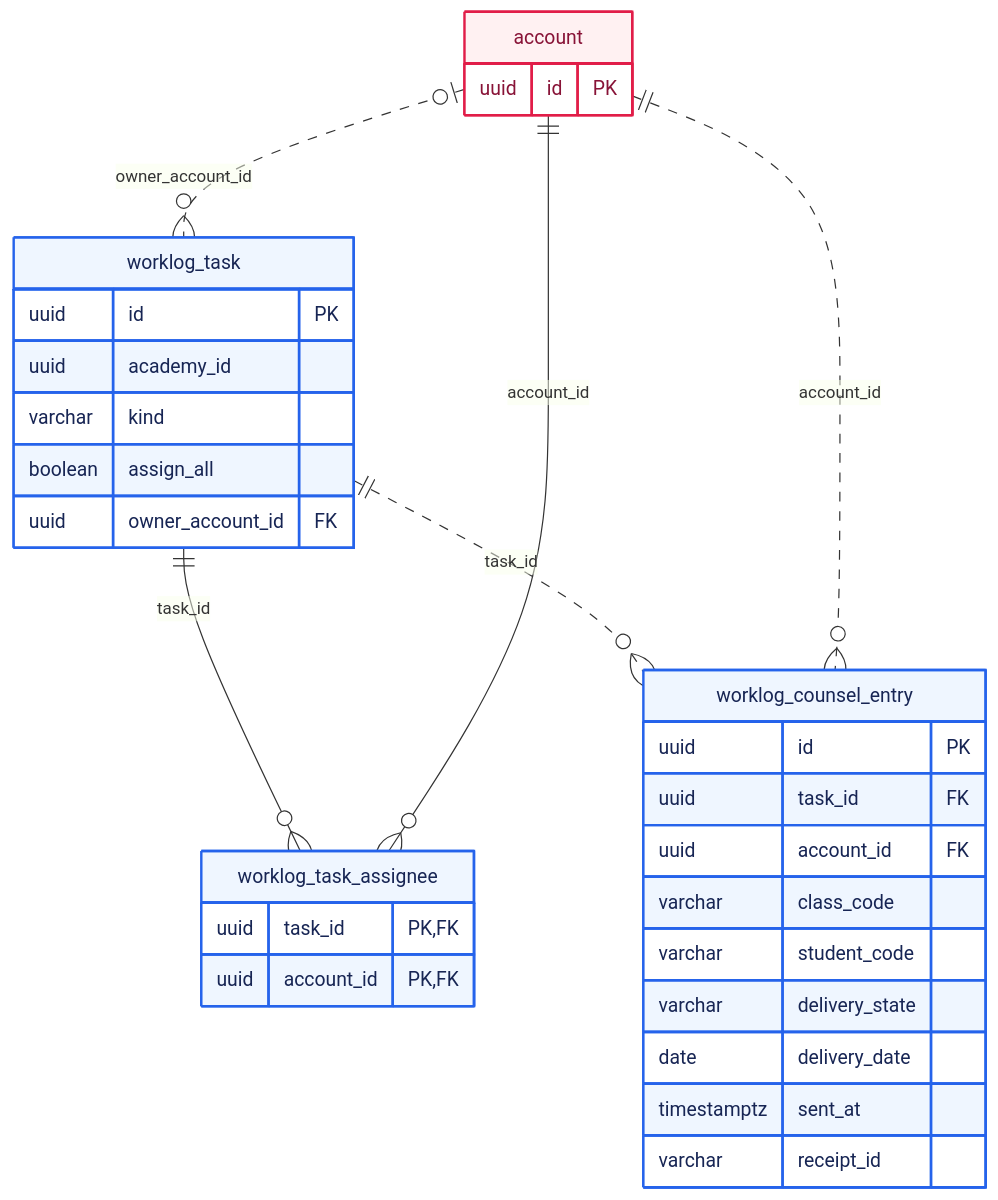
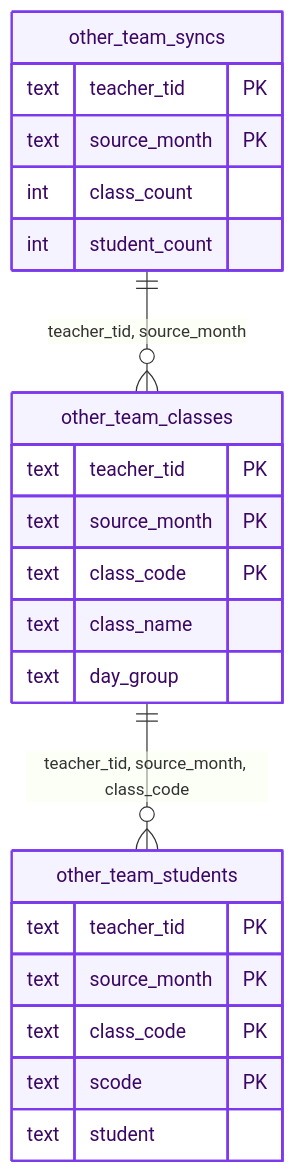
The third of 3 diagrams in content/posts/doc-16e3e0ad-86d4-403d-88c6-2ef61a3fe47d.md (gjaku1031/ken-blog), drawn with Mermaid before and after one commit. The commit also changed other lines of this file and 8 other files, not shown here.

````diff
--- a/content/posts/doc-16e3e0ad-86d4-403d-88c6-2ef61a3fe47d.md
+++ b/content/posts/doc-16e3e0ad-86d4-403d-88c6-2ef61a3fe47d.md
@@ -254,39 +199,28 @@
-```mermaid caption="상담 한 건은 업무·담당자·반·학생의 조합마다 하나이고, 전송 상태를 행이 직접 가짐"
+```mermaid caption="다른 팀 반 스냅샷의 식별 관계. 부모의 키가 자식의 기본 키에 그대로 들어감"
 erDiagram
-    %% legend: solid=식별 관계; dotted=비식별 관계; zero=없을 수 있음; many=여러 개
-    direction TB
-    account {
-        uuid id PK
+    %% legend: solid=식별 관계; many=여러 개
+    other_team_syncs {
+        text teacher_tid PK
+        text source_month PK
+        int class_count
+        int student_count
     }
-    worklog_task {
-        uuid id PK
-        uuid academy_id
-        varchar kind
-        boolean assign_all
-        uuid owner_account_id FK
+    other_team_classes {
+        text teacher_tid PK
+        text source_month PK
+        text class_code PK
+        text class_name
+        text day_group
     }
-    worklog_task_assignee {
-        uuid task_id PK, FK
-        uuid account_id PK, FK
+    other_team_students {
+        text teacher_tid PK
+        text source_month PK
+        text class_code PK
+        text scode PK
+        text student
     }
-    worklog_counsel_entry {
-        uuid id PK
-        uuid task_id FK
-        uuid account_id FK
-        varchar class_code
-        varchar student_code
-        varchar delivery_state
-        date delivery_date
-        timestamptz sent_at
-        varchar receipt_id
-    }
-    worklog_task ||--o{ worklog_task_assignee : task_id
-    account ||--o{ worklog_task_assignee : account_id
-    worklog_task ||..o{ worklog_counsel_entry : task_id
-    account ||..o{ worklog_counsel_entry : account_id
-    account |o..o{ worklog_task : owner_account_id
-    classDef worklog fill:#eff6ff,stroke:#2563eb,color:#172554,stroke-width:2px
-    classDef identity fill:#fff1f2,stroke:#e11d48,color:#881337,stroke-width:2px
-    class worklog_task,worklog_task_assignee,worklog_counsel_entry worklog
-    class account identity
+    other_team_syncs ||--o{ other_team_classes : "teacher_tid, source_month"
+    other_team_classes ||--o{ other_team_students : "teacher_tid, source_month, class_code"
+    classDef snapshot fill:#f5f3ff,stroke:#7c3aed,color:#3b0764,stroke-width:2px
+    class other_team_syncs,other_team_classes,other_team_students snapshot
 ```
````
